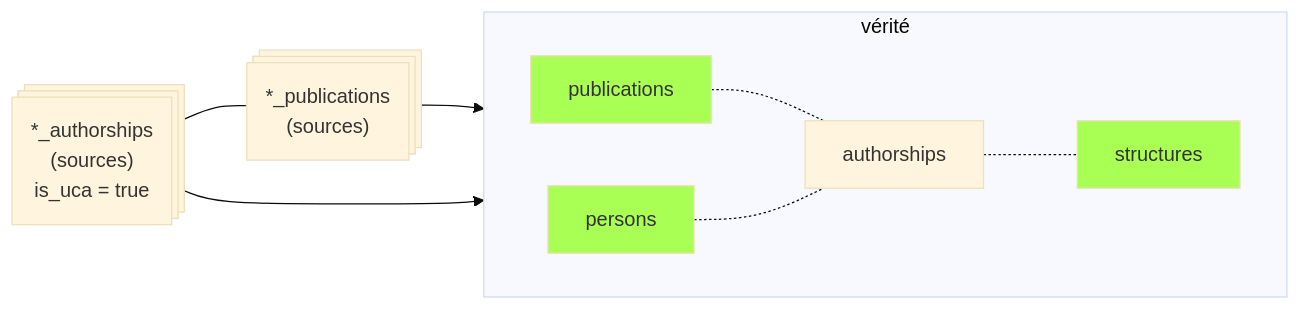
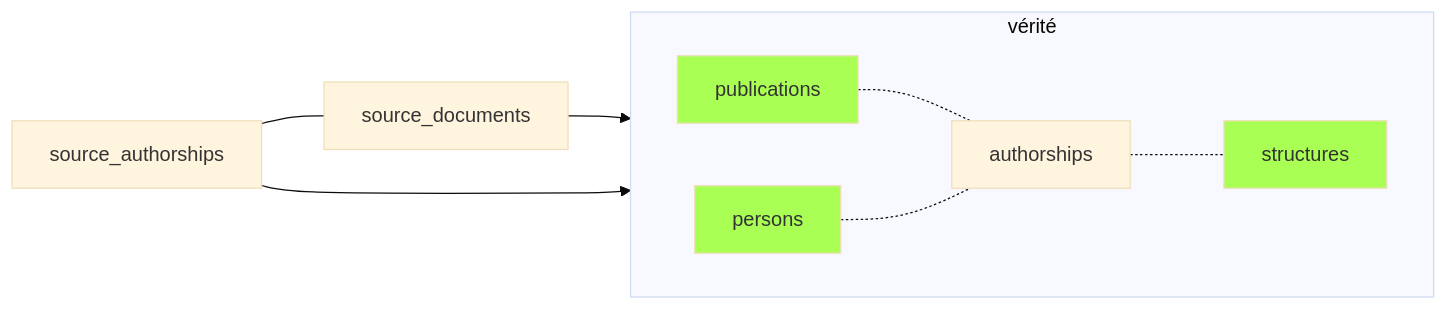
One commit to Y33sha/bibliometrie-uca changed the eighth of 9 diagrams in docs/pipeline.md. Above: the diagram before and after it, drawn with Mermaid (base theme). The commit also changed other lines of this file and 26 other files, not shown here.

````diff
--- a/docs/pipeline.md
+++ b/docs/pipeline.md
@@ -290,15 +281,15 @@
 ```mermaid
 flowchart LR
-    G@{ shape: processes, label: "*_publications\n(sources)"}-->A
-    H@{ shape: processes, label: "*_authorships\n(sources)\nis_uca = true"}---G
-    H-->C
+    source_documents-->A
+    source_authorships---source_documents
+    source_authorships-->C
 
     subgraph vérité
     direction LR
     A[publications]-.-B[authorships]
     C[persons]-.-B
     B-.-F[structures]
     end
     classDef valid  fill:#af5
     class F,A,C valid;
 ```
````
